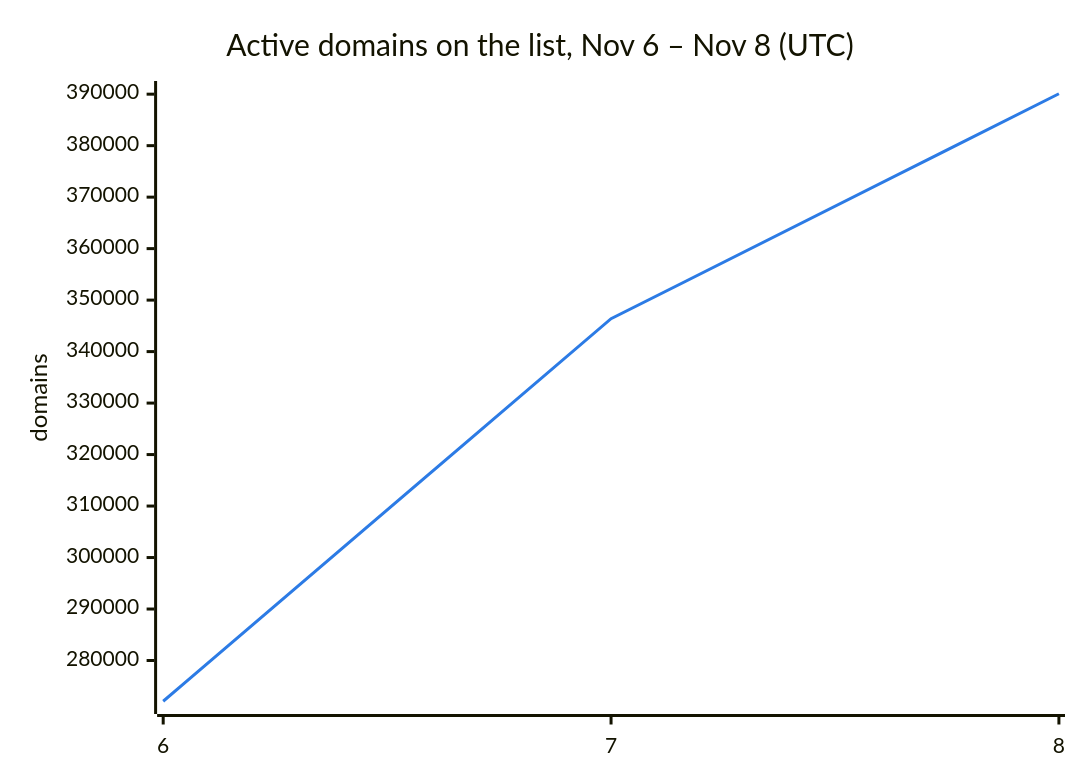
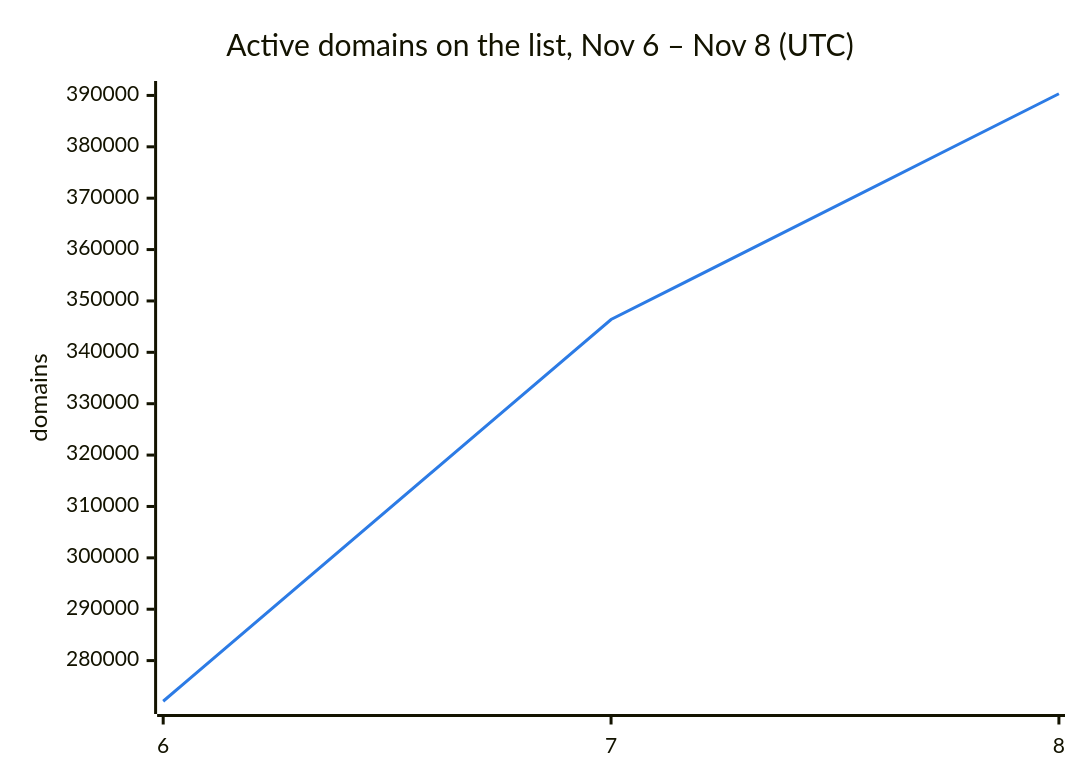
The second of 3 diagrams in README.md (DNSBunker/CTI), drawn with Mermaid before and after one commit. The commit also changed other lines of this file and 3 other files, not shown here.

````diff
--- a/README.md
+++ b/README.md
@@ -38,8 +38,8 @@
 ```mermaid
 %%{init: {"themeVariables": {"xyChart": {"plotColorPalette": "#2c7be5"}}}}%%
 xychart-beta
     title "Active domains on the list, Nov 6 – Nov 8 (UTC)"
     x-axis ["6", "7", "8"]
     y-axis "domains"
-    line [272088, 346388, 390081]
+    line [272088, 346388, 390327]
 ```
````
